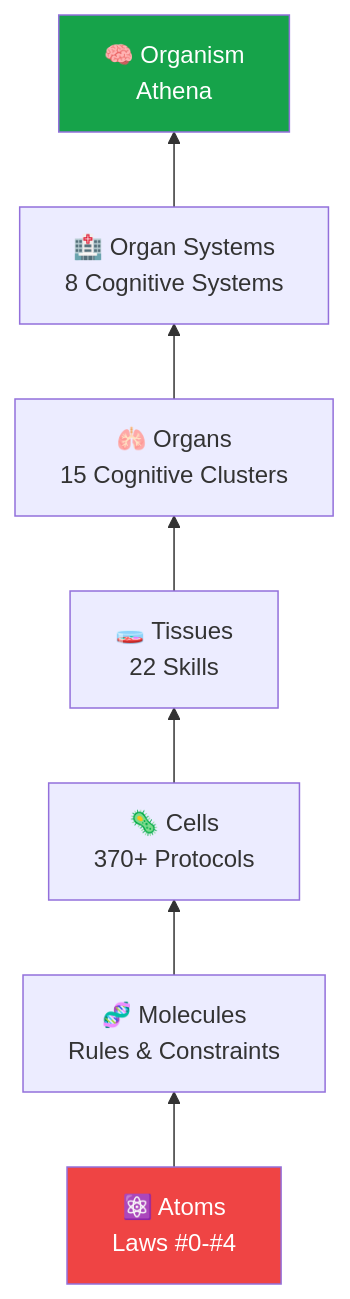
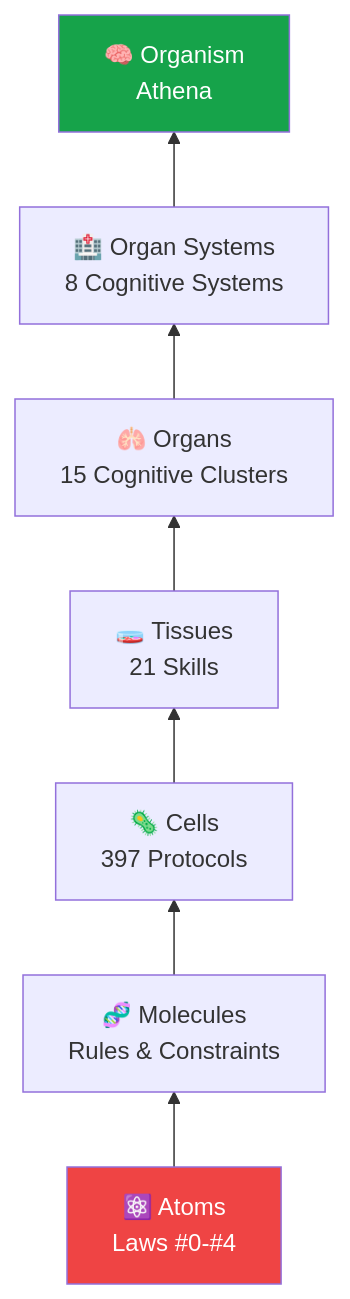
The second of 9 diagrams in docs/ARCHITECTURE.md (agent-memory-atlas-archive/winstonkoh87--Athena-Public), drawn with Mermaid before and after one commit. The commit also changed other lines of this file, not shown here.

Commit message:
fix: sync stale counts in ARCHITECTURE.md (397 protocols, 21 skills, 53 workflows, 127 examples)

````diff
--- a/docs/ARCHITECTURE.md
+++ b/docs/ARCHITECTURE.md
@@ -135,12 +135,12 @@
 ```mermaid
 graph BT
     L1["⚛️ Atoms<br/>Laws #0-#4"] --> L2["🧬 Molecules<br/>Rules & Constraints"]
-    L2 --> L3["🦠 Cells<br/>370+ Protocols"]
-    L3 --> L4["🧫 Tissues<br/>22 Skills"]
+    L2 --> L3["🦠 Cells<br/>397 Protocols"]
+    L3 --> L4["🧫 Tissues<br/>21 Skills"]
     L4 --> L5["🫁 Organs<br/>15 Cognitive Clusters"]
     L5 --> L6["🏥 Organ Systems<br/>8 Cognitive Systems"]
     L6 --> L7["🧠 Organism<br/>Athena"]
 
     style L1 fill:#ef4444,color:#fff
     style L7 fill:#16a34a,color:#fff
 ```
````
